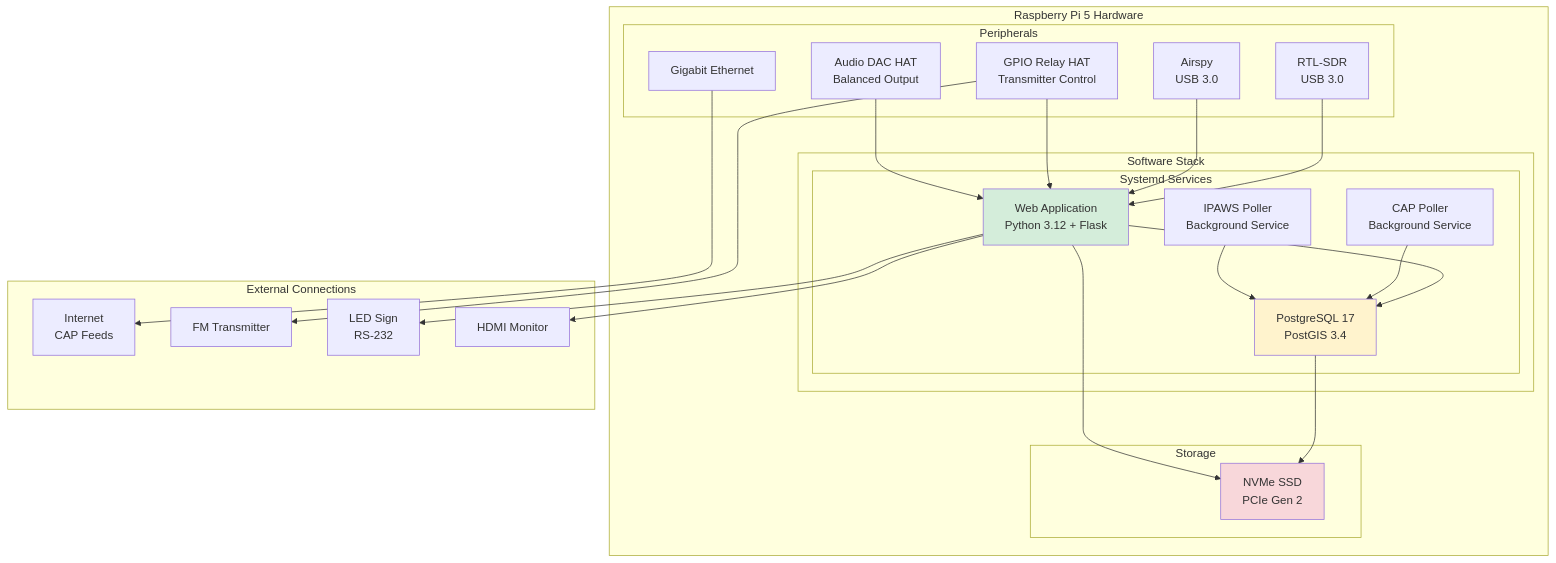
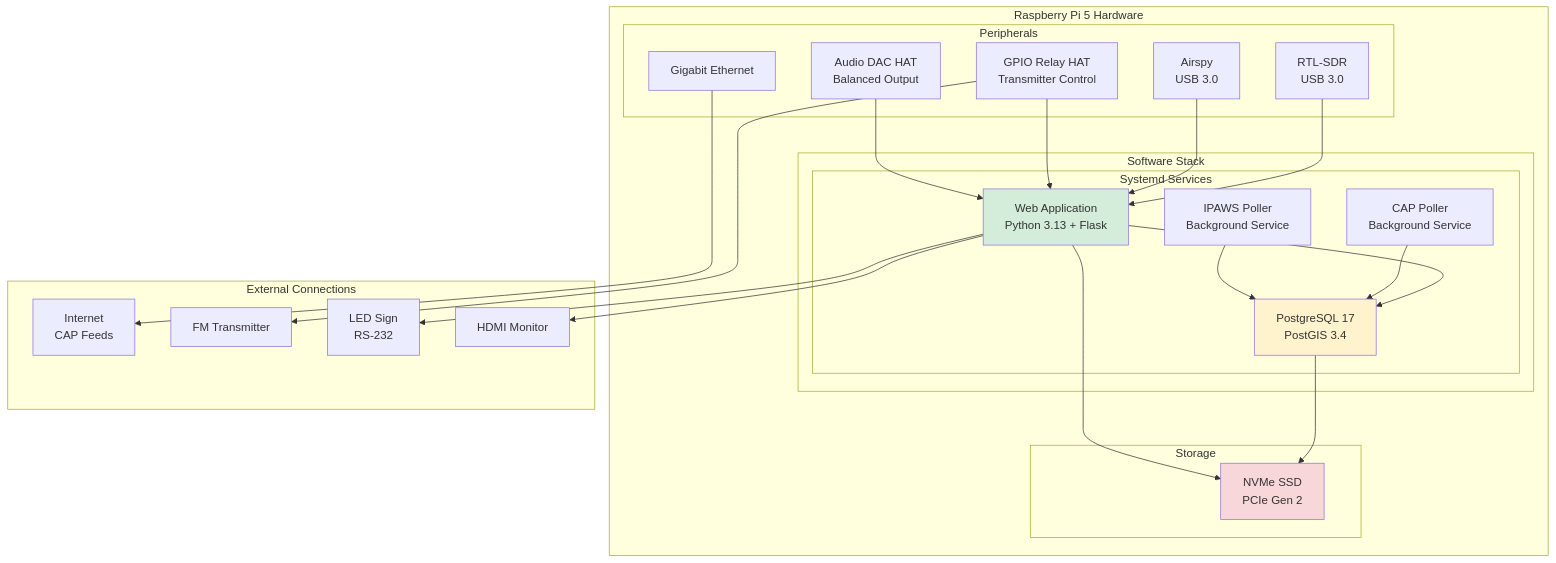
Diagram 20 of 21 in docs/architecture/SYSTEM_ARCHITECTURE.md (KR8MER/eas-station), drawn with Mermaid before and after one commit. The commit also changed other lines of this file and 37 other files, not shown here.

````diff
--- a/docs/architecture/SYSTEM_ARCHITECTURE.md
+++ b/docs/architecture/SYSTEM_ARCHITECTURE.md
@@ -1028,52 +1028,52 @@
 ```mermaid
 graph TB
     subgraph "Raspberry Pi 5 Hardware"
         subgraph "Software Stack"
             subgraph "Systemd Services"
-                APP_C[Web Application<br>Python 3.12 + Flask]
+                APP_C[Web Application<br>Python 3.13 + Flask]
                 POLL_C[CAP Poller<br>Background Service]
                 IPAWS_C[IPAWS Poller<br>Background Service]
                 DB_C[PostgreSQL 17<br>PostGIS 3.4]
             end
         end
 
         subgraph "Peripherals"
             SDR1[RTL-SDR<br>USB 3.0]
             SDR2[Airspy<br>USB 3.0]
             GPIO_HAT[GPIO Relay HAT<br>Transmitter Control]
             AUDIO_HAT[Audio DAC HAT<br>Balanced Output]
             ETH[Gigabit Ethernet]
         end
 
         subgraph "Storage"
             NVME[NVMe SSD<br>PCIe Gen 2]
         end
     end
 
     subgraph "External Connections"
         INTERNET[Internet<br>CAP Feeds]
         TX_EXT[FM Transmitter]
         LED_EXT[LED Sign<br>RS-232]
         MONITOR[HDMI Monitor]
     end
 
     APP_C --> DB_C
     POLL_C --> DB_C
     IPAWS_C --> DB_C
 
     DB_C --> NVME
     APP_C --> NVME
 
     SDR1 --> APP_C
     SDR2 --> APP_C
     GPIO_HAT --> APP_C
     AUDIO_HAT --> APP_C
     ETH --> INTERNET
     GPIO_HAT --> TX_EXT
     APP_C --> LED_EXT
     APP_C --> MONITOR
 
     style APP_C fill:#d4edda
     style DB_C fill:#fff3cd
     style NVME fill:#f8d7da
 ```
````
